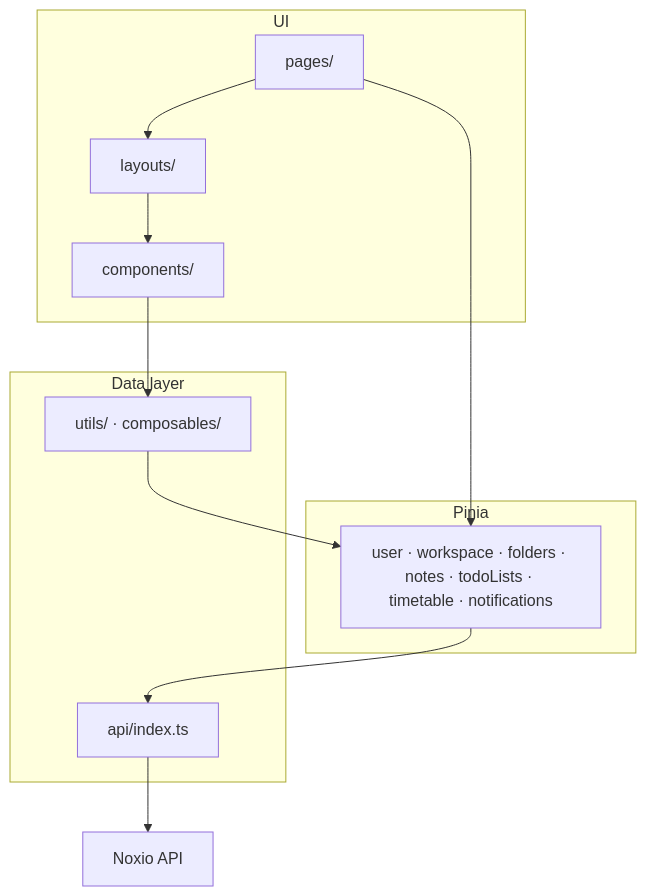
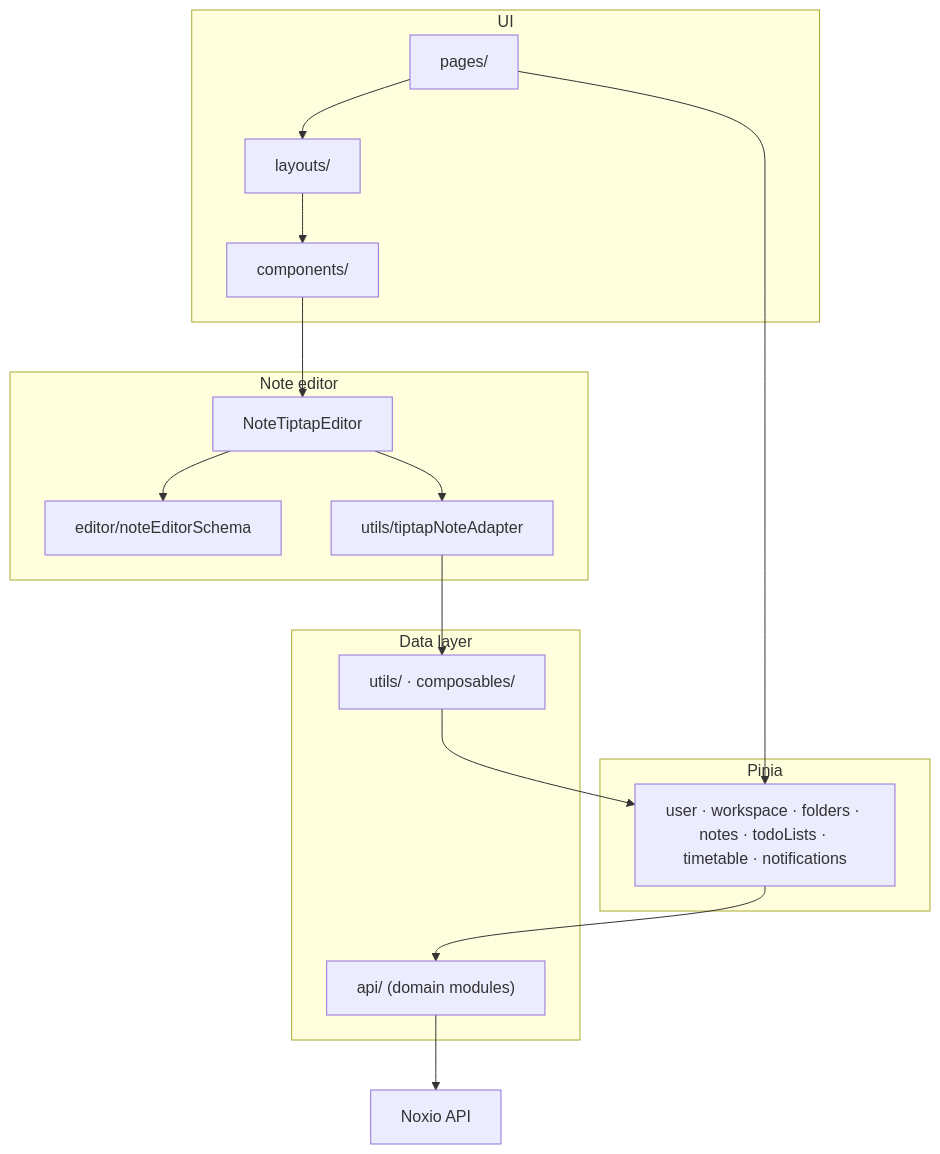
The diagram in README.md (kerzo1x/Noxio-FE), drawn with Mermaid before and after one commit. The commit also changed other lines of this file and 1 other file, not shown here.

````diff
--- a/README.md
+++ b/README.md
@@ -55,22 +56,29 @@
 ```mermaid
 flowchart TB
   subgraph UI["UI"]
     Pages["pages/"]
     Layouts["layouts/"]
     Components["components/"]
   end
 
   subgraph State["Pinia"]
     Stores["user · workspace · folders · notes · todoLists · timetable · notifications"]
   end
 
+  subgraph Editor["Note editor"]
+    TipTap["NoteTiptapEditor"]
+    Schema["editor/noteEditorSchema"]
+    Adapter["utils/tiptapNoteAdapter"]
+  end
+
   subgraph Data["Data layer"]
-    API["api/index.ts"]
+    API["api/ (domain modules)"]
     Utils["utils/ · composables/"]
   end
 
   Pages --> Layouts --> Components
   Pages --> Stores
-  Components --> Utils --> Stores --> API
+  Components --> TipTap --> Schema
+  TipTap --> Adapter --> Utils --> Stores --> API
   API --> Backend["Noxio API"]
 ```
````
